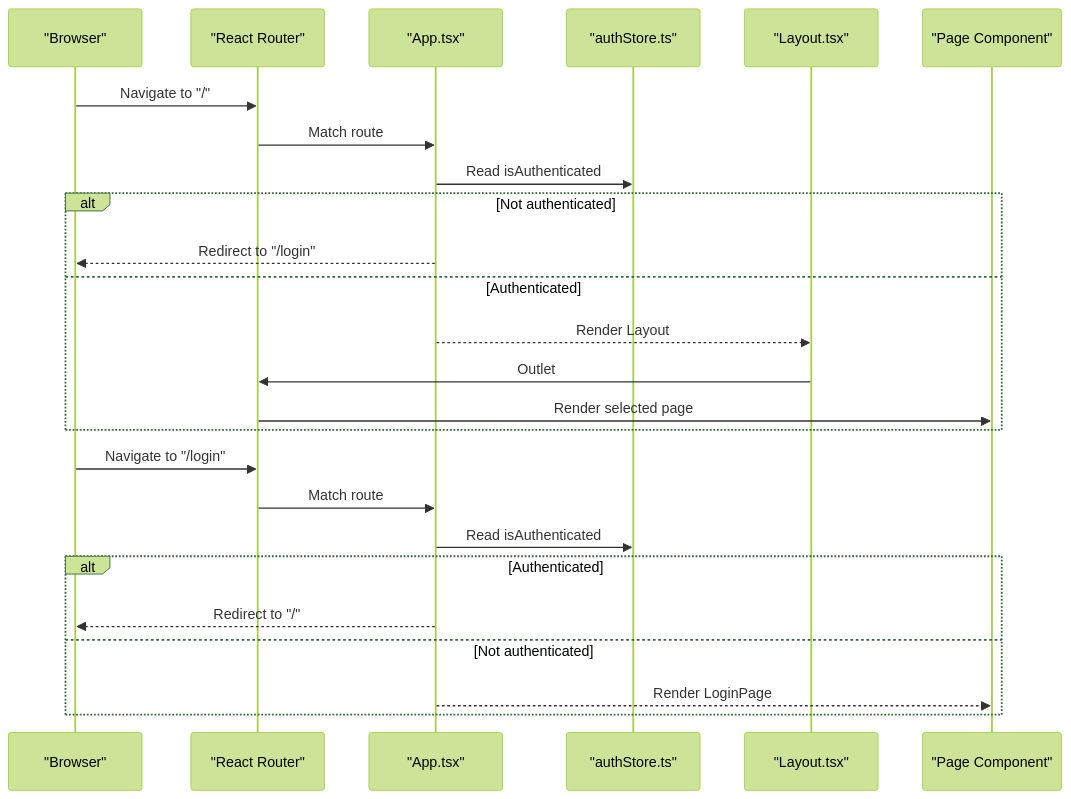
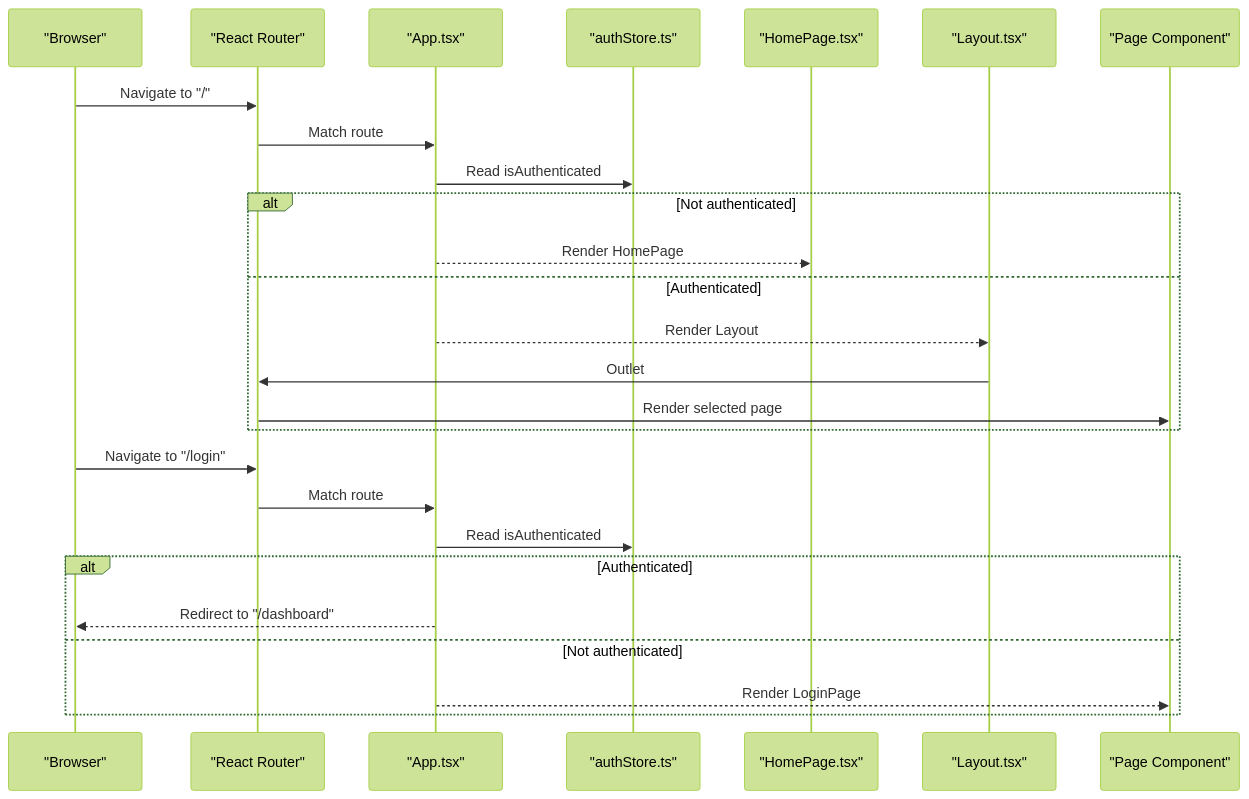
The third of 8 diagrams in .qoder/repowiki/en/content/Frontend Application/Application Structure.md (Vostrikov2014/vks-qoder), drawn with Mermaid (forest theme) before and after one commit. The commit also changed other lines of this file and 18 other files, not shown here.

````diff
--- a/.qoder/repowiki/en/content/Frontend Application/Application Structure.md
+++ b/.qoder/repowiki/en/content/Frontend Application/Application Structure.md
@@ -192,27 +223,28 @@
 ```mermaid
 sequenceDiagram
 participant Browser as "Browser"
 participant Router as "React Router"
 participant App as "App.tsx"
 participant Store as "authStore.ts"
+participant HomePage as "HomePage.tsx"
 participant Layout as "Layout.tsx"
 participant Page as "Page Component"
 Browser->>Router : Navigate to "/"
 Router->>App : Match route
 App->>Store : Read isAuthenticated
 alt Not authenticated
-App-->>Browser : Redirect to "/login"
+App-->>HomePage : Render HomePage
 else Authenticated
 App-->>Layout : Render Layout
 Layout->>Router : Outlet
 Router->>Page : Render selected page
 end
 Browser->>Router : Navigate to "/login"
 Router->>App : Match route
 App->>Store : Read isAuthenticated
 alt Authenticated
-App-->>Browser : Redirect to "/"
+App-->>Browser : Redirect to "/dashboard"
 else Not authenticated
 App-->>Page : Render LoginPage
 end
 ```
````
